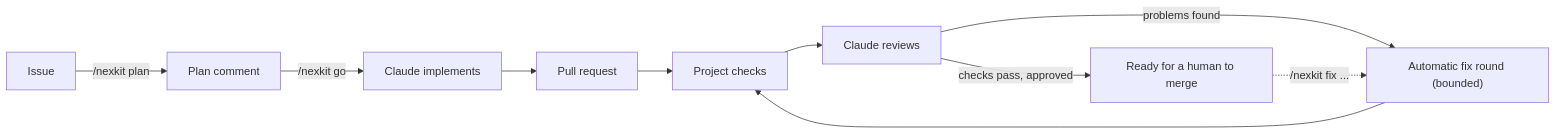
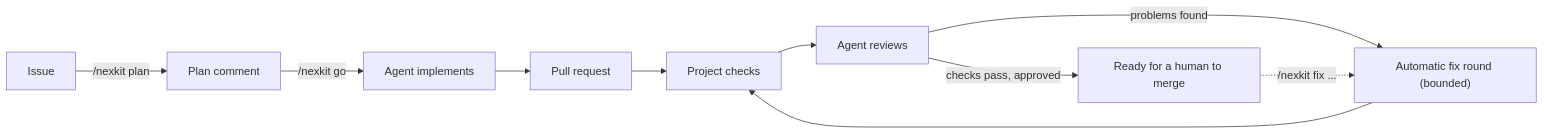
The diagram in README.md (phuongnse/nexkit), drawn with Mermaid before and after one commit. The commit also changed other lines of this file and 11 other files, not shown here.

````diff
--- a/README.md
+++ b/README.md
@@ -10,12 +10,12 @@
 ```mermaid
 flowchart LR
     issue["Issue"] -->|"/nexkit plan"| plan["Plan comment"]
-    plan -->|"/nexkit go"| implement["Claude implements"]
+    plan -->|"/nexkit go"| implement["Agent implements"]
     implement --> pr["Pull request"]
     pr --> checks["Project checks"]
-    checks --> review["Claude reviews"]
+    checks --> review["Agent reviews"]
     review -->|"checks pass, approved"| human["Ready for a human to merge"]
     review -->|"problems found"| fix["Automatic fix round (bounded)"]
     fix --> checks
     human -.->|"/nexkit fix ..."| fix
 ```
````
